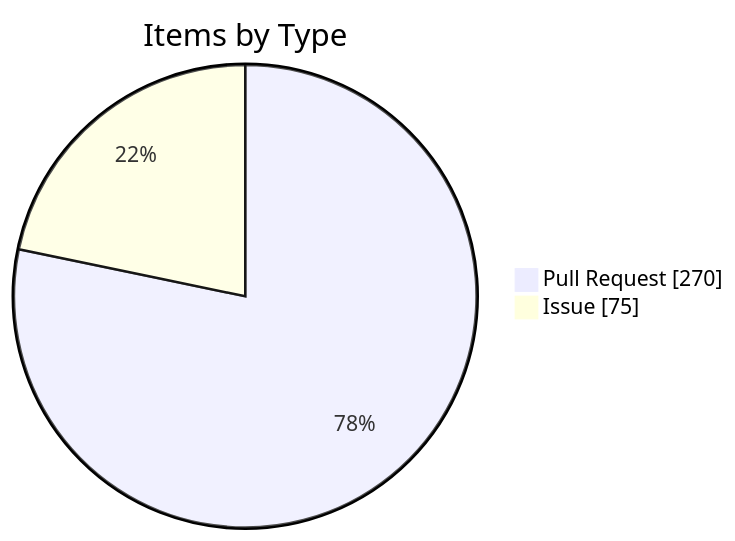
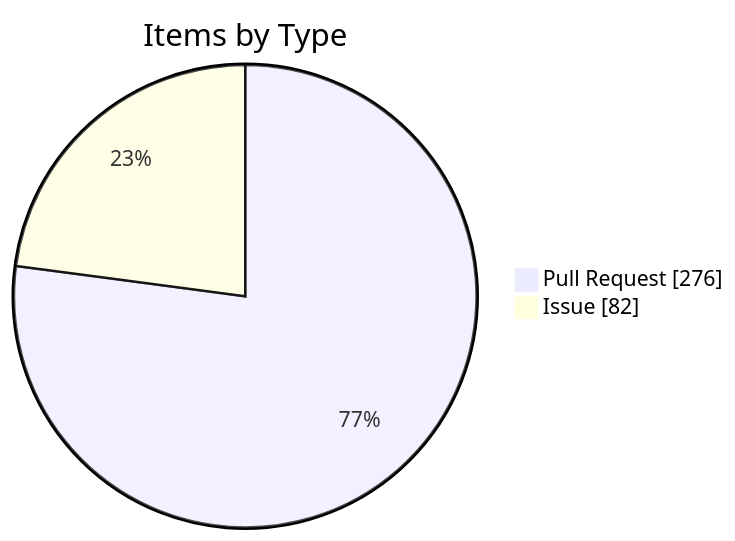
Before and after one commit to KBVE/kbve: the fourth of 4 diagrams in apps/kbve/astro-kbve/src/content/docs/dashboard/kanban-data.mdx, drawn with Mermaid. The commit also changed other lines of this file and 8 other files, not shown here.

````diff
--- a/apps/kbve/astro-kbve/src/content/docs/dashboard/kanban-data.mdx
+++ b/apps/kbve/astro-kbve/src/content/docs/dashboard/kanban-data.mdx
@@ -116,6 +116,6 @@
 ```mermaid
 pie showData
     title Items by Type
-    "Pull Request" : 270
-    "Issue" : 75
+    "Pull Request" : 276
+    "Issue" : 82
 ```
````
